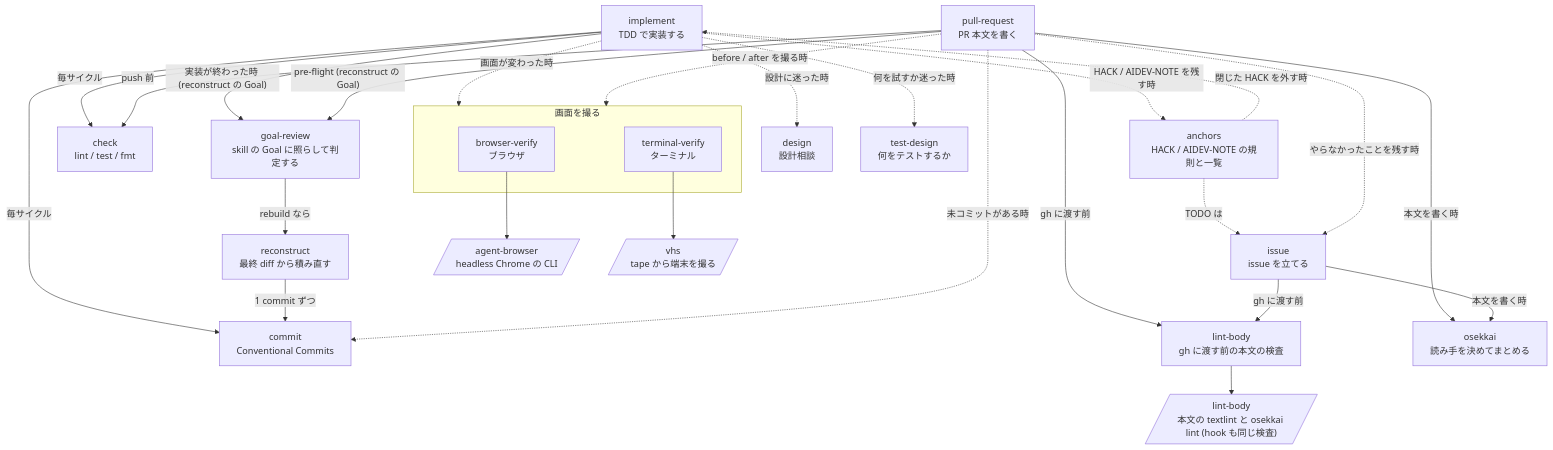
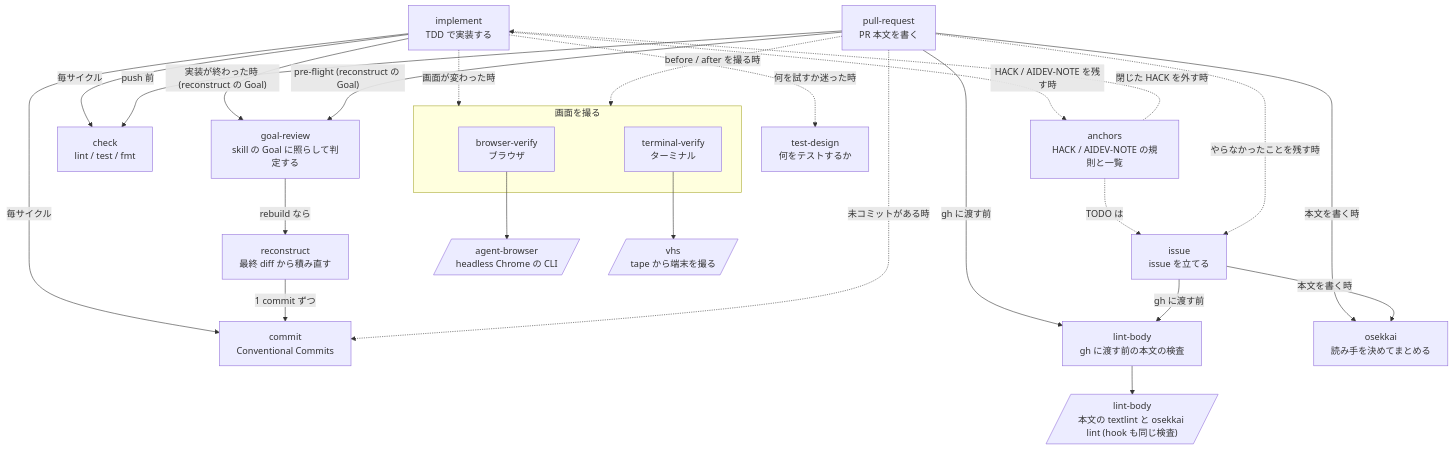
One commit to Xantibody/dotfiles changed the first of 4 diagrams in configs/agents/README.md. Above: the diagram before and after it, drawn with Mermaid. The commit also changed 2 other files, not shown here.

Commit message:
refactor(agents): remove the design skill
The skill held two checklists, the Unix philosophy and the Twelve-Factor
App, that a model already knows. It carried none of my own judgement, and
loading it on every design question pulled the conversation toward those
two frames and away from the Code Structure section. What I keep of both
is now Running Behaviour in AGENTS.md, which every session reads.

1c32b5d put design back in the listing so that implement could hand
architecture questions to it. That hand-off now points at the two
sections of the global instructions instead, and the README map loses the
node and its dotted edge.

````diff
--- a/configs/agents/README.md
+++ b/configs/agents/README.md
@@ -15,46 +15,44 @@
 ```mermaid
 flowchart TD
   implement["implement<br/>TDD で実装する"]
   check["check<br/>lint / test / fmt"]
   commit["commit<br/>Conventional Commits"]
   gr["goal-review<br/>skill の Goal に照らして判定する"]
   reconstruct["reconstruct<br/>最終 diff から積み直す"]
   pr["pull-request<br/>PR 本文を書く"]
   issue["issue<br/>issue を立てる"]
   lbskill["lint-body<br/>gh に渡す前の本文の検査"]
   osekkai["osekkai<br/>読み手を決めてまとめる"]
   subgraph shot ["画面を撮る"]
     bv["browser-verify<br/>ブラウザ"]
     tv["terminal-verify<br/>ターミナル"]
   end
   anchors["anchors<br/>HACK / AIDEV-NOTE の規則と一覧"]
-  design["design<br/>設計相談"]
   testdesign["test-design<br/>何をテストするか"]
   ab[/"agent-browser<br/>headless Chrome の CLI"/]
   vhs[/"vhs<br/>tape から端末を撮る"/]
   lint[/"lint-body<br/>本文の textlint と osekkai lint (hook も同じ検査)"/]
 
   implement -->|"毎サイクル"| check
   implement -->|"毎サイクル"| commit
   implement -->|"実装が終わった時 (reconstruct の Goal)"| gr
   implement -.->|"画面が変わった時"| shot
-  implement -.->|"設計に迷った時"| design
   implement -.->|"何を試すか迷った時"| testdesign
   implement -.->|"HACK / AIDEV-NOTE を残す時"| anchors
   anchors -.->|"閉じた HACK を外す時"| implement
   anchors -.->|"TODO は"| issue
   gr -->|"rebuild なら"| reconstruct
   reconstruct -->|"1 commit ずつ"| commit
   pr -->|"pre-flight (reconstruct の Goal)"| gr
   pr -->|"push 前"| check
   pr -->|"本文を書く時"| osekkai
   pr -->|"gh に渡す前"| lbskill
   pr -.->|"未コミットがある時"| commit
   pr -.->|"before / after を撮る時"| shot
   pr -.->|"やらなかったことを残す時"| issue
   issue -->|"本文を書く時"| osekkai
   issue -->|"gh に渡す前"| lbskill
   lbskill --> lint
   bv --> ab
   tv --> vhs
 ```
````
